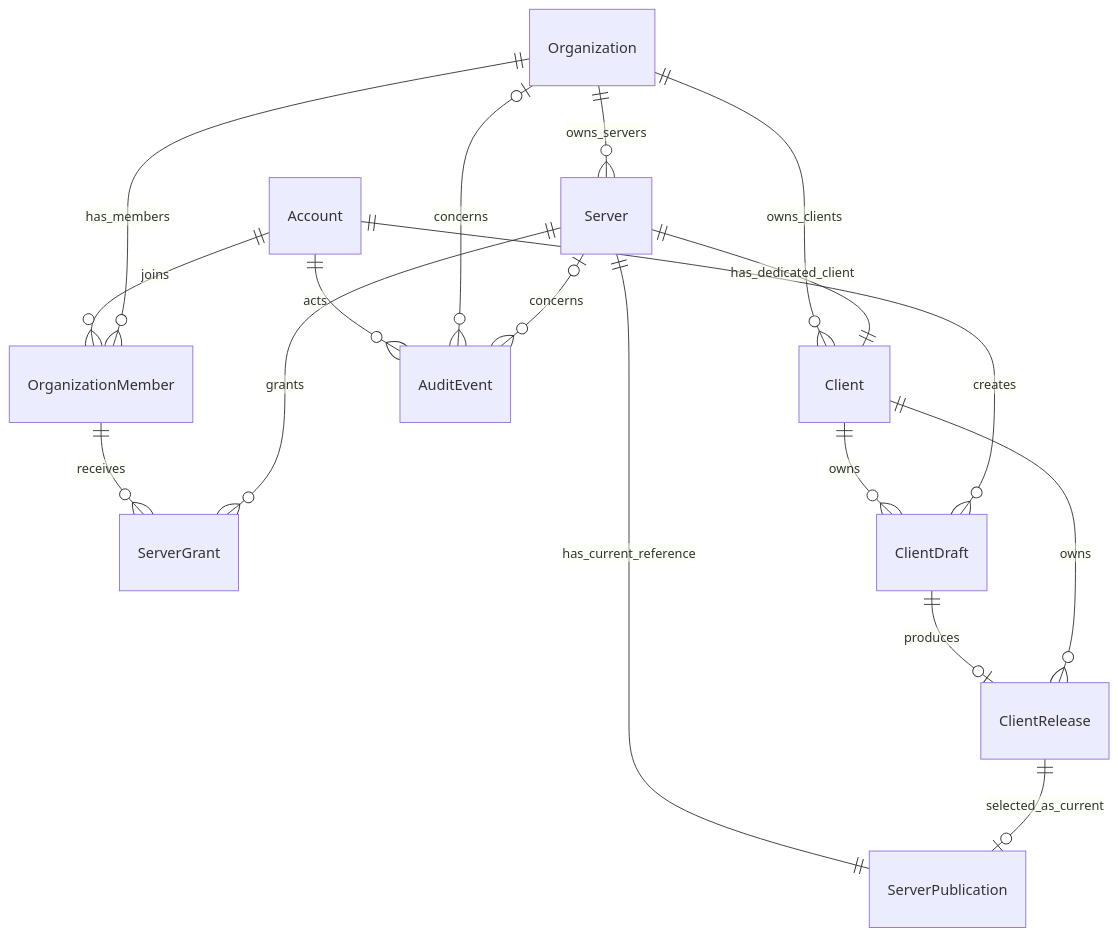
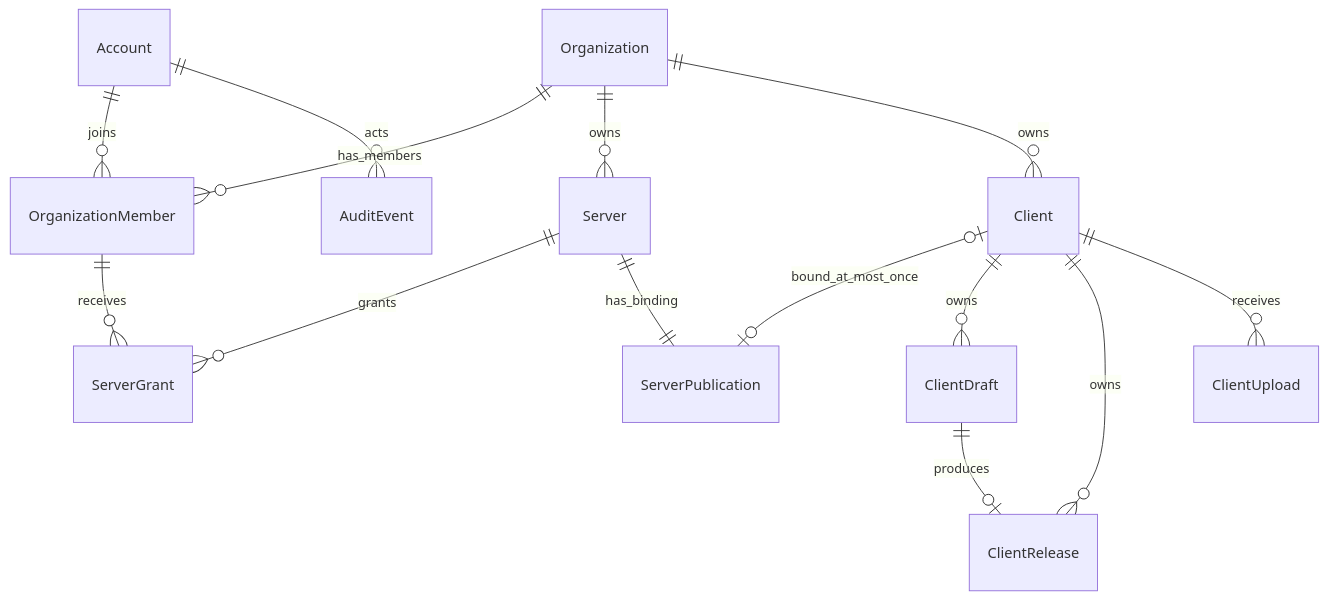
The diagram in docs/minimal-data-model.md (Sam-Chai/mualauncher-backend), drawn with Mermaid before and after one commit. The commit also changed other lines of this file and 72 other files, not shown here.

First line of the commit message:
feat: implement client upload, publishing and recycling workflows

````diff
--- a/docs/minimal-data-model.md
+++ b/docs/minimal-data-model.md
@@ -27,19 +11,16 @@
 ```mermaid
 erDiagram
     Account ||--o{ OrganizationMember : joins
     Organization ||--o{ OrganizationMember : has_members
-    Organization ||--o{ Server : owns_servers
-    Organization ||--o{ Client : owns_clients
+    Organization ||--o{ Server : owns
+    Organization ||--o{ Client : owns
     OrganizationMember ||--o{ ServerGrant : receives
     Server ||--o{ ServerGrant : grants
-    Server ||--|| Client : has_dedicated_client
+    Server ||--|| ServerPublication : has_binding
+    Client o|--o| ServerPublication : bound_at_most_once
     Client ||--o{ ClientDraft : owns
-    Account ||--o{ ClientDraft : creates
+    Client ||--o{ ClientRelease : owns
+    Client ||--o{ ClientUpload : receives
     ClientDraft ||--o| ClientRelease : produces
-    Client ||--o{ ClientRelease : owns
-    Server ||--|| ServerPublication : has_current_reference
-    ClientRelease ||--o| ServerPublication : selected_as_current
     Account ||--o{ AuditEvent : acts
-    Organization o|--o{ AuditEvent : concerns
-    Server o|--o{ AuditEvent : concerns
 ```
````
